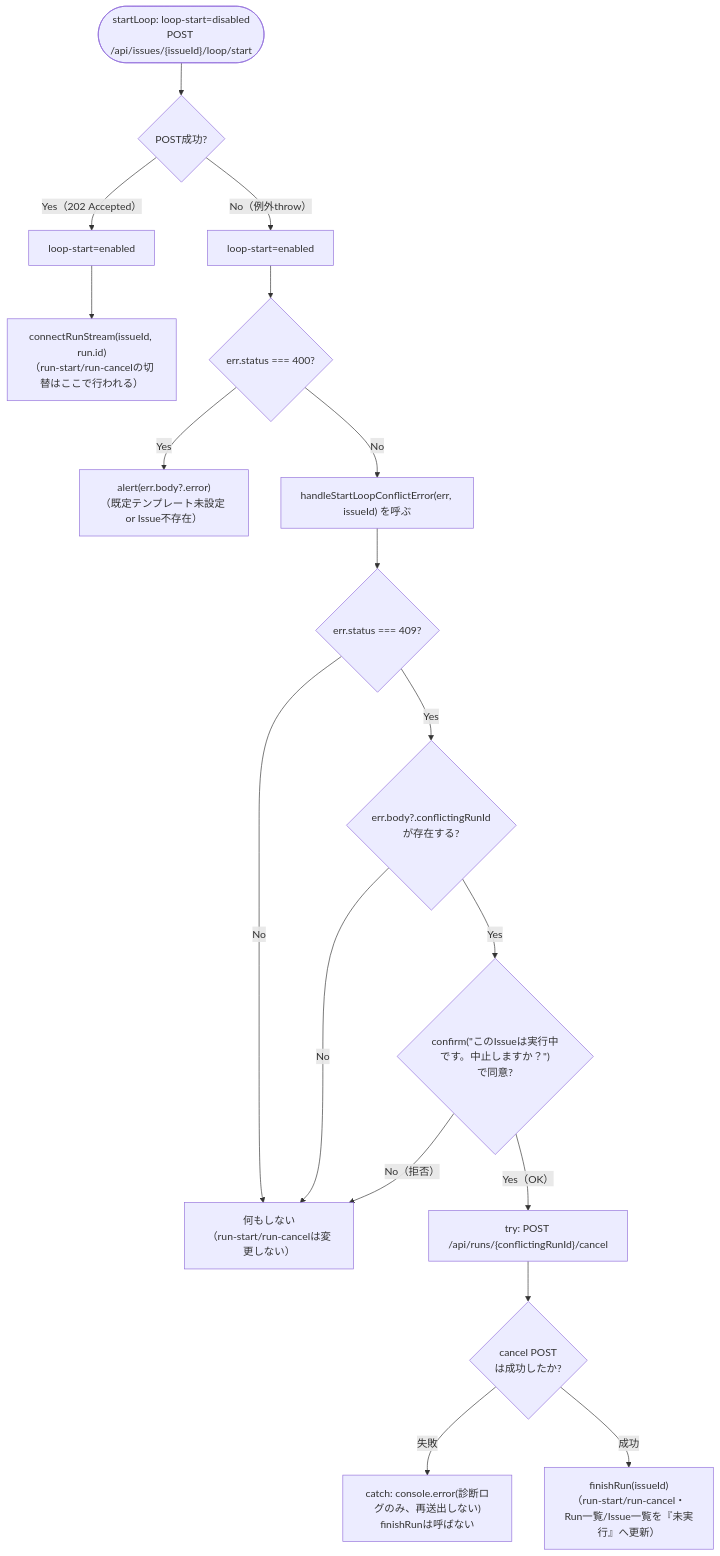
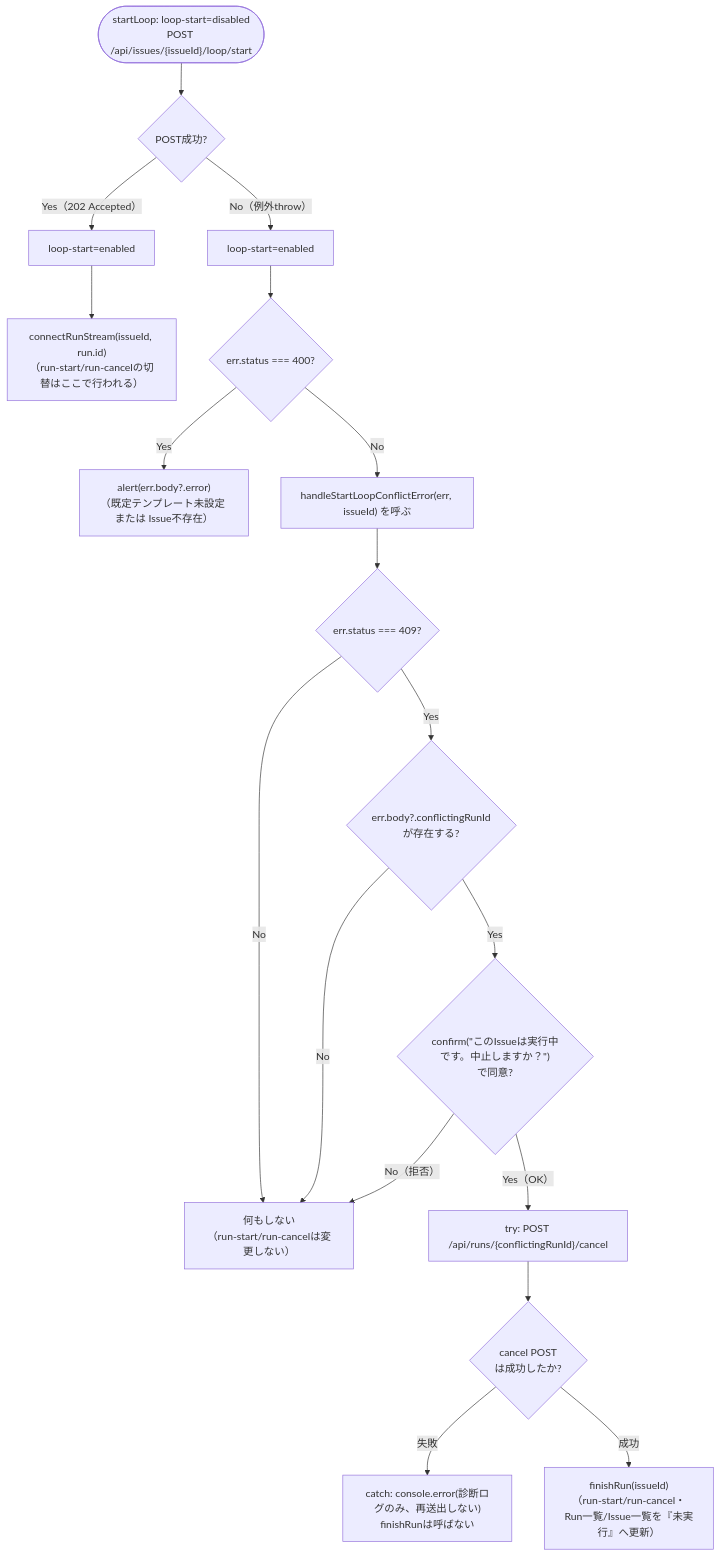
Before and after one commit to SanghunIm1991/claudeCodeGUI: diagram 22 of 22 in docs/03_function_design/function_design.md, drawn with Mermaid.

Commit message:
[claude] 関数設計(可読性) COMP-14ラウンド1軽微指摘1件を修正。可読性フェーズ収束
Mermaid図Alertノードの英語"or"を「または」に統一。軽微指摘のため再レビュー省略。
COMP-14の関数設計(論理・可読性とも)完了。

````diff
--- a/docs/03_function_design/function_design.md
+++ b/docs/03_function_design/function_design.md
@@ -2889,19 +2889,19 @@
 ```mermaid
 flowchart TD
     Start(["startLoop: loop-start=disabled\nPOST /api/issues/{issueId}/loop/start"]) --> PostResult{"POST成功?"}
     PostResult -->|Yes（202 Accepted）| ResetLoopBtn1["loop-start=enabled"] --> ConnectStream["connectRunStream(issueId, run.id)\n（run-start/run-cancelの切替はここで行われる）"]
     PostResult -->|No（例外throw）| ResetLoopBtn2["loop-start=enabled"]
     ResetLoopBtn2 --> Is400{"err.status === 400?"}
-    Is400 -->|Yes| Alert["alert(err.body?.error)\n（既定テンプレート未設定 or Issue不存在）"]
+    Is400 -->|Yes| Alert["alert(err.body?.error)\n（既定テンプレート未設定 または Issue不存在）"]
     Is400 -->|No| Handle["handleStartLoopConflictError(err, issueId) を呼ぶ"]
     Handle --> Is409{"err.status === 409?"}
     Is409 -->|No| NoOp["何もしない\n（run-start/run-cancelは変更しない）"]
     Is409 -->|Yes| HasConflictId{"err.body?.conflictingRunId\nが存在する?"}
     HasConflictId -->|No| NoOp
     HasConflictId -->|Yes| Confirm{"confirm(&quot;このIssueは実行中です。中止しますか？&quot;)\nで同意?"}
     Confirm -->|No（拒否）| NoOp
     Confirm -->|Yes（OK）| CancelPost["try: POST /api/runs/{conflictingRunId}/cancel"]
     CancelPost --> CancelResult{"cancel POST\nは成功したか?"}
     CancelResult -->|失敗| LogError["catch: console.error(診断ログのみ、再送出しない)\nfinishRunは呼ばない"]
     CancelResult -->|成功| FinishRun["finishRun(issueId)\n（run-start/run-cancel・Run一覧/Issue一覧を『未実行』へ更新）"]
 ```
````
